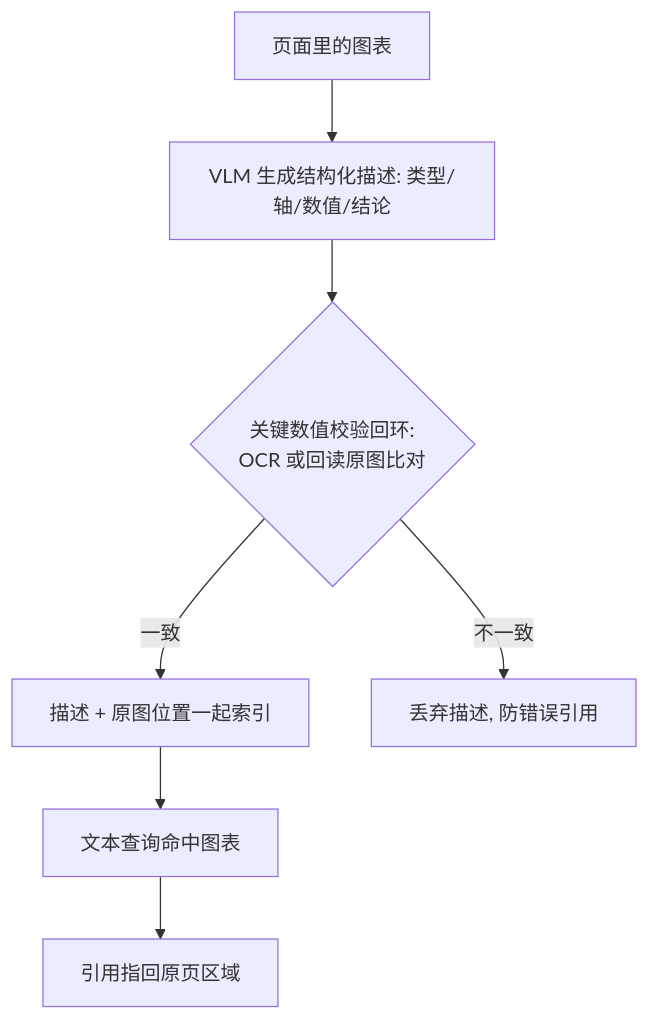
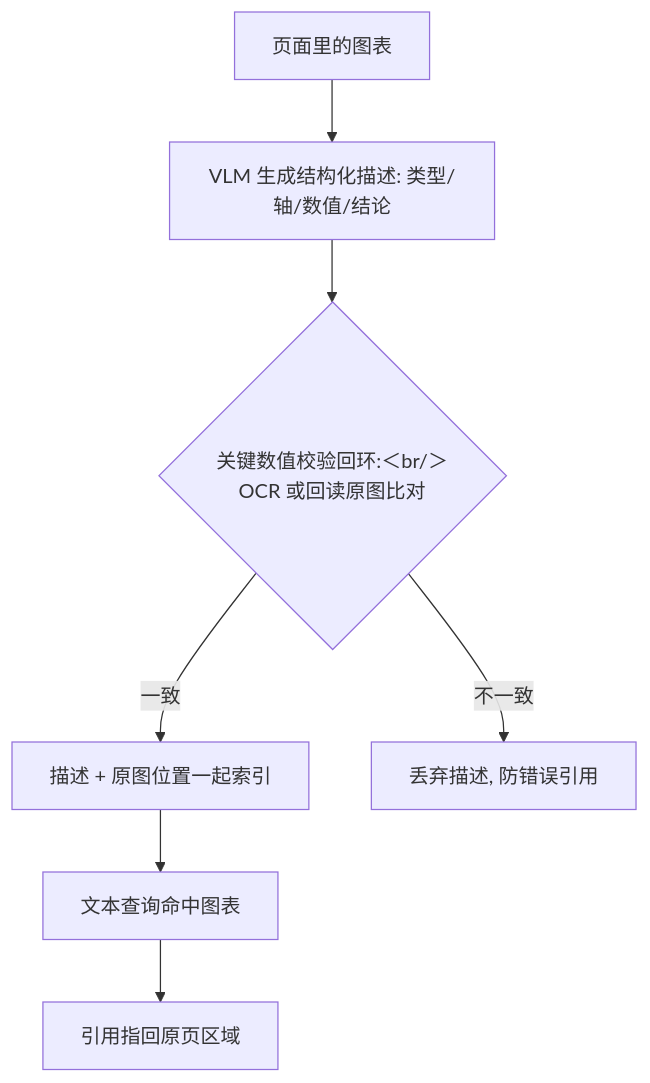
Before and after one commit to xhongduo-tech/xhongduo-tech.github.io: the second of 2 diagrams in docs/llm/rag-multimodal.md, drawn with Mermaid. The commit also changed 291 other files, not shown here.

Commit message:
Normalize lesson titles to tree names and repair mermaid arrow/quote syntax site-wide.

````diff
--- a/docs/llm/rag-multimodal.md
+++ b/docs/llm/rag-multimodal.md
@@ -42,9 +42,9 @@
 ```mermaid
 flowchart TD
   IMG["页面里的图表"] --> VLM["VLM 生成结构化描述: 类型/轴/数值/结论"]
-  VLM --> CHECK{"关键数值校验回环:<br/>OCR 或回读原图比对"}
+  VLM --> CHECK{"关键数值校验回环:＜br/＞OCR 或回读原图比对"}
   CHECK -- "一致" --> IDX["描述 + 原图位置一起索引"]
   CHECK -- "不一致" --> DROP["丢弃描述, 防错误引用"]
   IDX --> HIT["文本查询命中图表"]
   HIT --> CITE["引用指回原页区域"]
 ```
````
